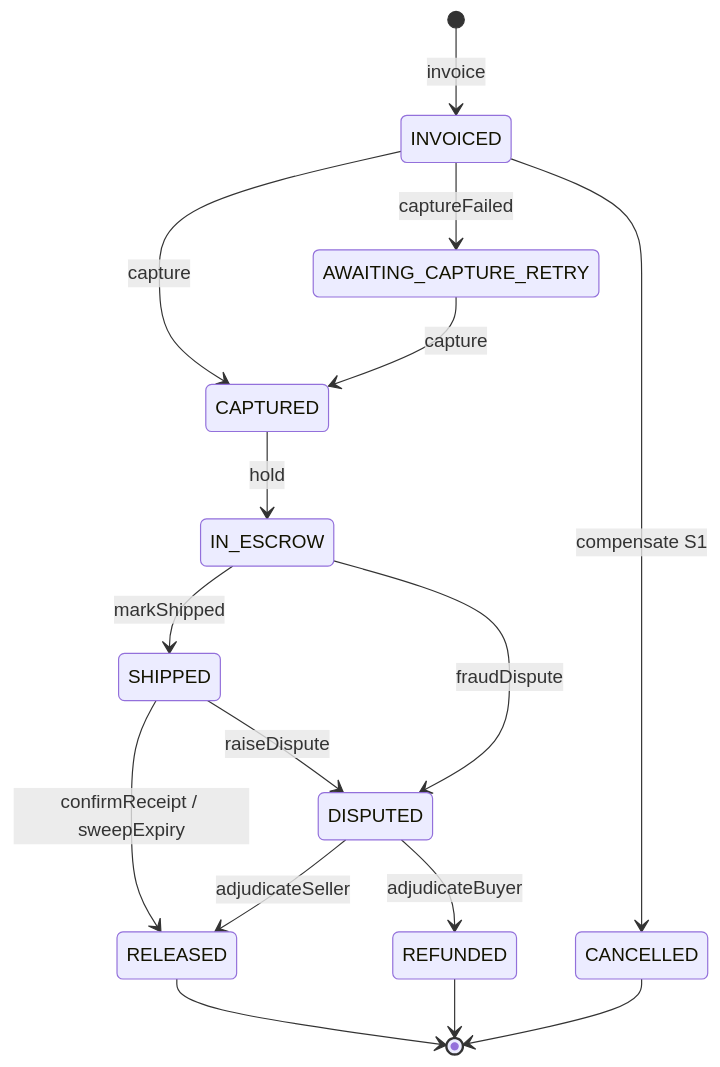
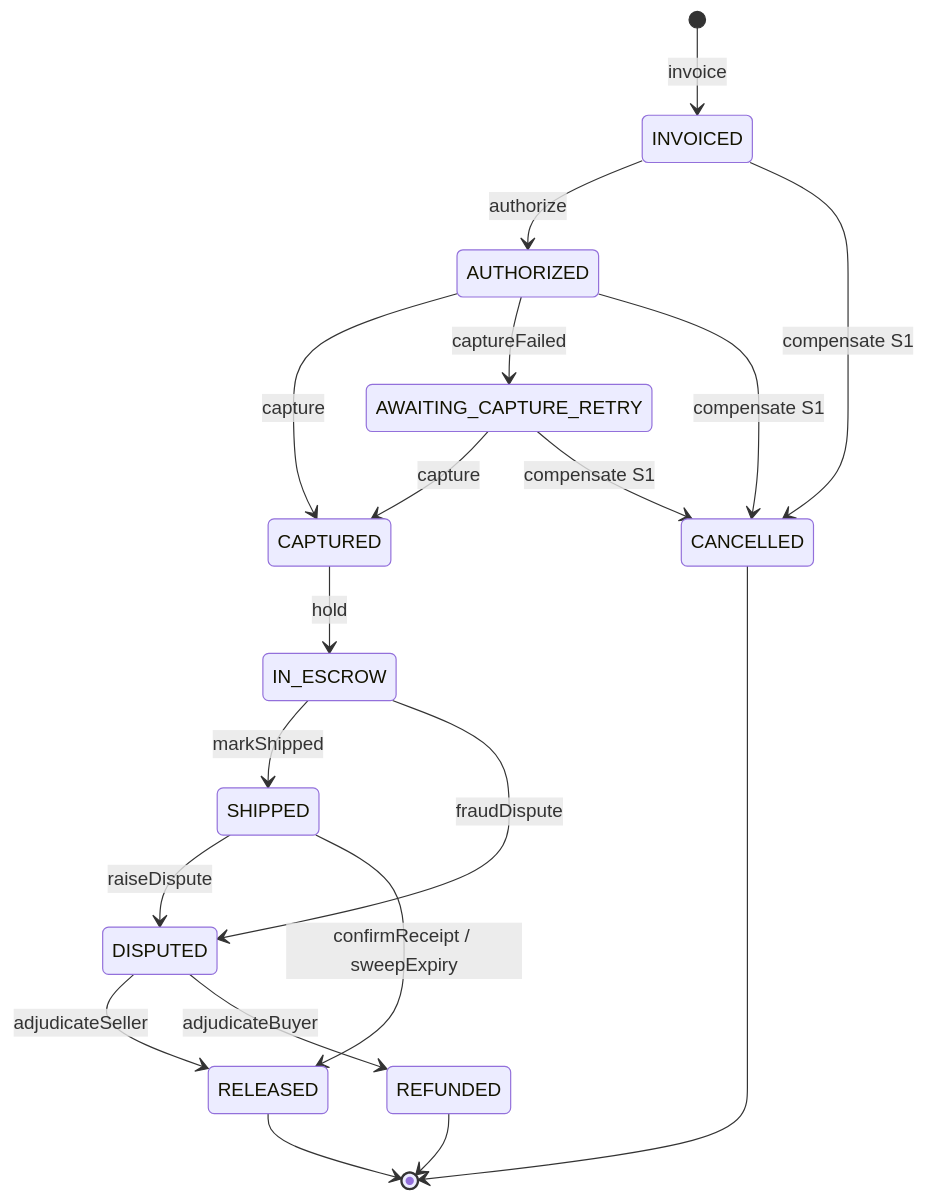
The second of 3 diagrams in docs/state-machines.md (24Chessman/ZeoAuction), drawn with Mermaid before and after one commit. The commit also changed other lines of this file and 12 other files, not shown here.

````diff
--- a/docs/state-machines.md
+++ b/docs/state-machines.md
@@ -70,18 +71,21 @@
 ```mermaid
 stateDiagram-v2
     [*] --> INVOICED: invoice
-    INVOICED --> CAPTURED: capture
-    INVOICED --> AWAITING_CAPTURE_RETRY: captureFailed
+    INVOICED --> AUTHORIZED: authorize
+    AUTHORIZED --> CAPTURED: capture
+    AUTHORIZED --> AWAITING_CAPTURE_RETRY: captureFailed
     AWAITING_CAPTURE_RETRY --> CAPTURED: capture
     INVOICED --> CANCELLED: compensate S1
+    AUTHORIZED --> CANCELLED: compensate S1
+    AWAITING_CAPTURE_RETRY --> CANCELLED: compensate S1
     CAPTURED --> IN_ESCROW: hold
     IN_ESCROW --> SHIPPED: markShipped
     SHIPPED --> DISPUTED: raiseDispute
     IN_ESCROW --> DISPUTED: fraudDispute
     SHIPPED --> RELEASED: confirmReceipt / sweepExpiry
     DISPUTED --> RELEASED: adjudicateSeller
     DISPUTED --> REFUNDED: adjudicateBuyer
     RELEASED --> [*]
     REFUNDED --> [*]
     CANCELLED --> [*]
 ```
````
